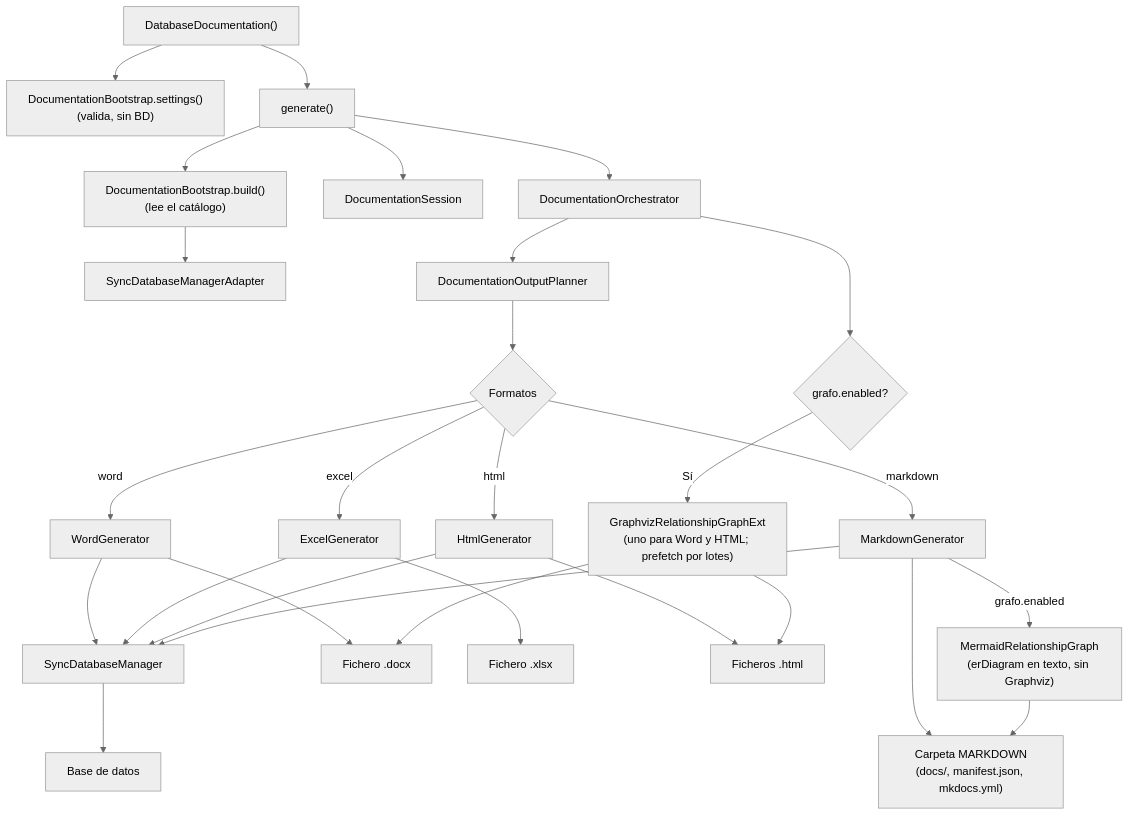
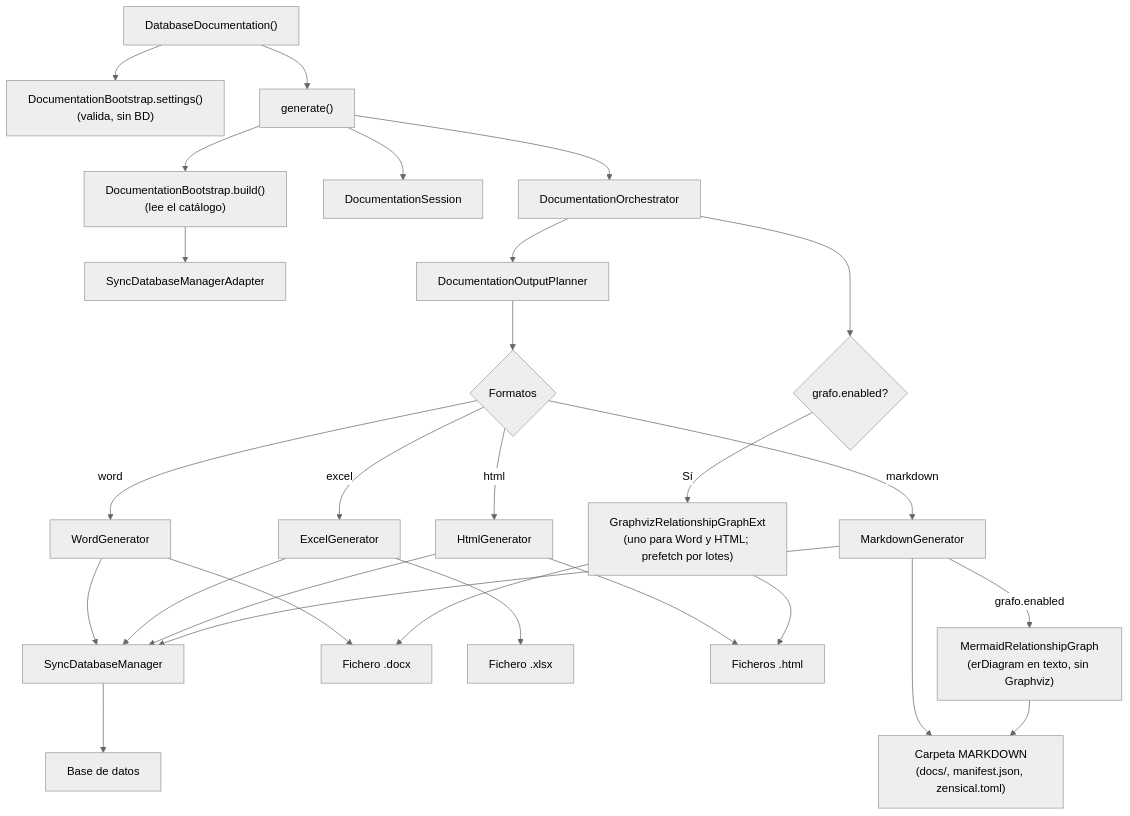
Before and after one commit to fmanza/util_bbdd: the diagram in docs/api/database_documentation.md, drawn with Mermaid (neutral theme). The commit also changed other lines of this file and 92 other files, not shown here.

First line of the commit message:
feat(doc): Zensical 0.1.1 como único generador con zensical.toml

````diff
--- a/docs/api/database_documentation.md
+++ b/docs/api/database_documentation.md
@@ -7,26 +7,26 @@
 ```mermaid
 flowchart TD
     A["DatabaseDocumentation()"] --> S["DocumentationBootstrap.settings()<br/>(valida, sin BD)"]
     A --> E["generate()"]
     E --> B["DocumentationBootstrap.build()<br/>(lee el catálogo)"]
     B --> C[SyncDatabaseManagerAdapter]
     E --> D[DocumentationSession]
     E --> F[DocumentationOrchestrator]
     F --> G[DocumentationOutputPlanner]
     G --> H{Formatos}
     H -->|html| K[HtmlGenerator]
     H -->|excel| J[ExcelGenerator]
     H -->|word| I[WordGenerator]
     H -->|markdown| MD[MarkdownGenerator]
     I & J & K & MD --> L[SyncDatabaseManager]
     L --> M[Base de datos]
     I --> N[Fichero .docx]
     J --> O[Fichero .xlsx]
     K --> P[Ficheros .html]
-    MD --> MF["Carpeta MARKDOWN<br/>(docs/, manifest.json, mkdocs.yml)"]
+    MD --> MF["Carpeta MARKDOWN<br/>(docs/, manifest.json, zensical.toml)"]
     F --> Q{grafo.enabled?}
     Q -->|Sí| R["GraphvizRelationshipGraphExt<br/>(uno para Word y HTML; prefetch por lotes)"]
     R --> N & P
     MD -->|grafo.enabled| ME["MermaidRelationshipGraph<br/>(erDiagram en texto, sin Graphviz)"]
     ME --> MF
 ```
````
